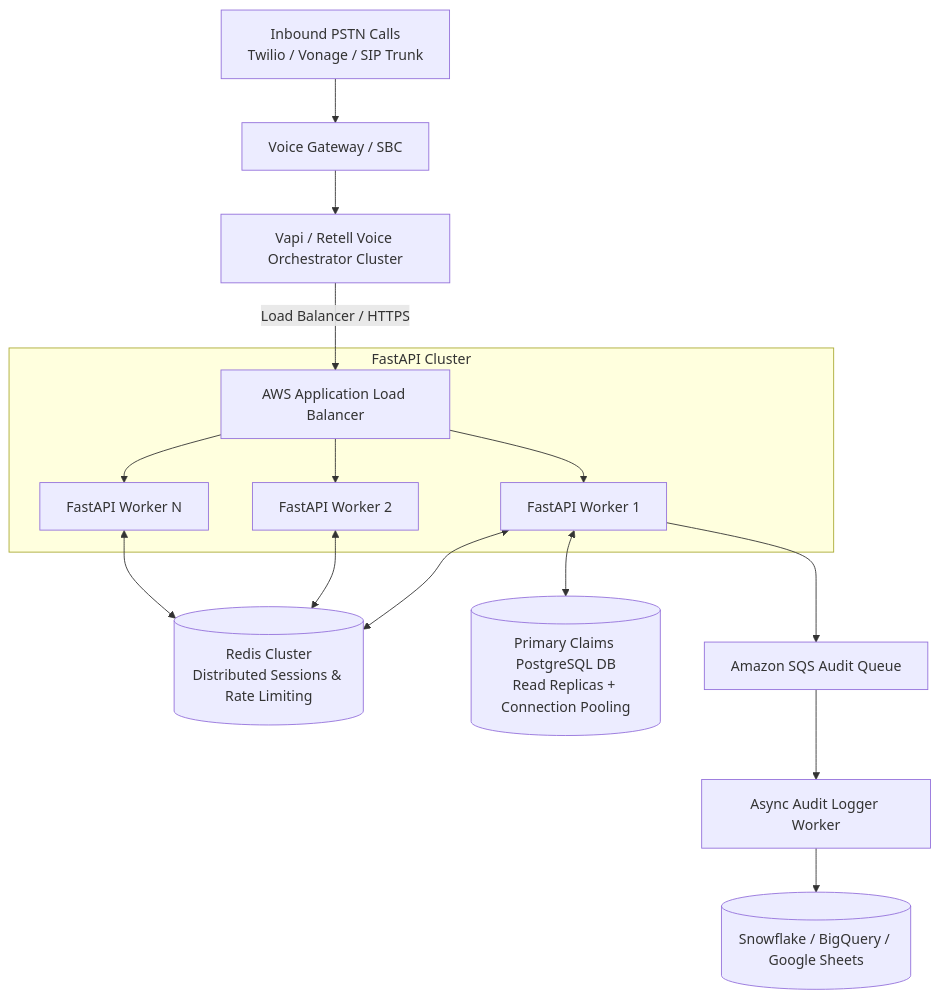
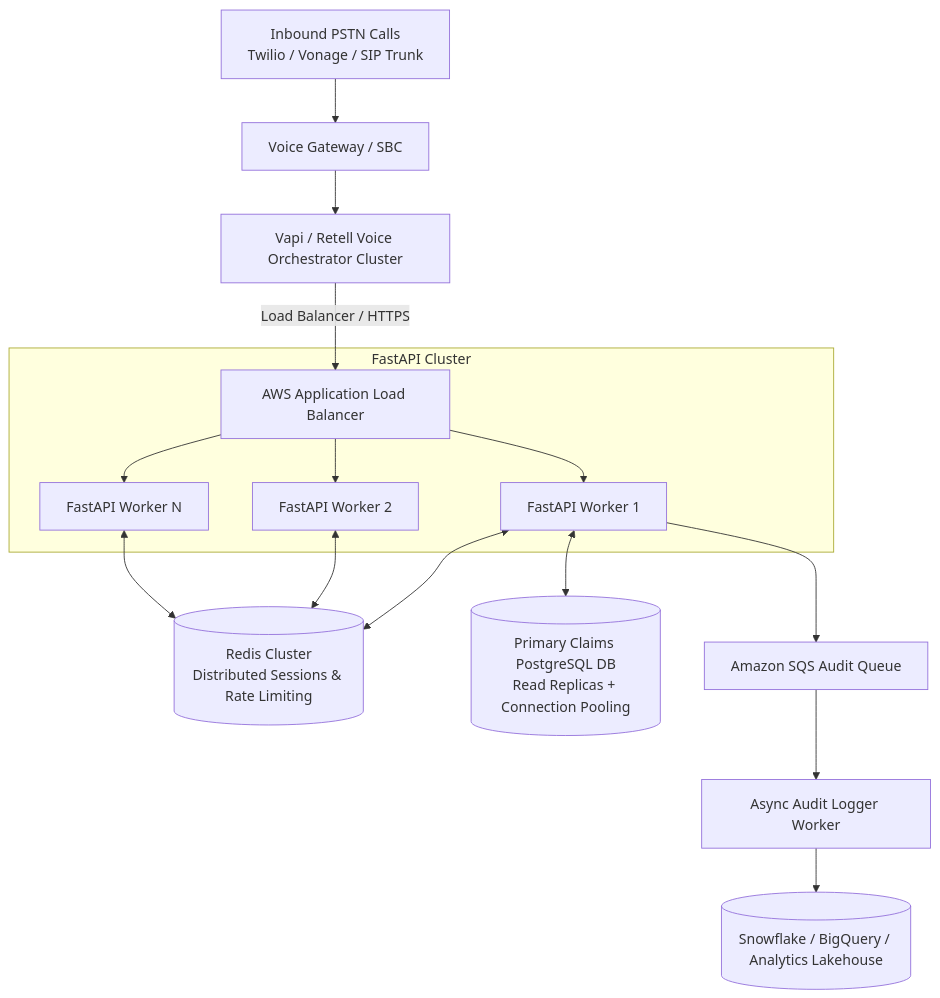
Before and after one commit to uds822/voice-ai-claims-assistant: the fourth of 4 diagrams in SYSTEM_DESIGN_AND_INTERVIEW_GUIDE.md, drawn with Mermaid. The commit also changed other lines of this file and 5 other files, not shown here.

Commit message:
docs(architecture): update system diagrams and interview Q&A to reflect Airtable CallLogs as Integration #2

````diff
--- a/SYSTEM_DESIGN_AND_INTERVIEW_GUIDE.md
+++ b/SYSTEM_DESIGN_AND_INTERVIEW_GUIDE.md
@@ -240,22 +242,22 @@
 ```mermaid
 flowchart TD
     PSTN[Inbound PSTN Calls\nTwilio / Vonage / SIP Trunk] --> Gateway[Voice Gateway / SBC]
     Gateway --> VapiCluster[Vapi / Retell Voice Orchestrator Cluster]
     VapiCluster -->|Load Balancer / HTTPS| ALB[AWS Application Load Balancer]
     
     subgraph FastAPI Cluster
         ALB --> API1[FastAPI Worker 1]
         ALB --> API2[FastAPI Worker 2]
         ALB --> API3[FastAPI Worker N]
     end
     
     API1 <--> Redis[(Redis Cluster\nDistributed Sessions & Rate Limiting)]
     API2 <--> Redis
     API3 <--> Redis
     
     API1 <--> ClaimsDB[(Primary Claims PostgreSQL DB\nRead Replicas + Connection Pooling)]
     
     API1 --> SQS[Amazon SQS Audit Queue]
     SQS --> Worker[Async Audit Logger Worker]
-    Worker --> DataWarehouse[(Snowflake / BigQuery / Google Sheets)]
+    Worker --> DataWarehouse[(Snowflake / BigQuery / Analytics Lakehouse)]
 ```
````
